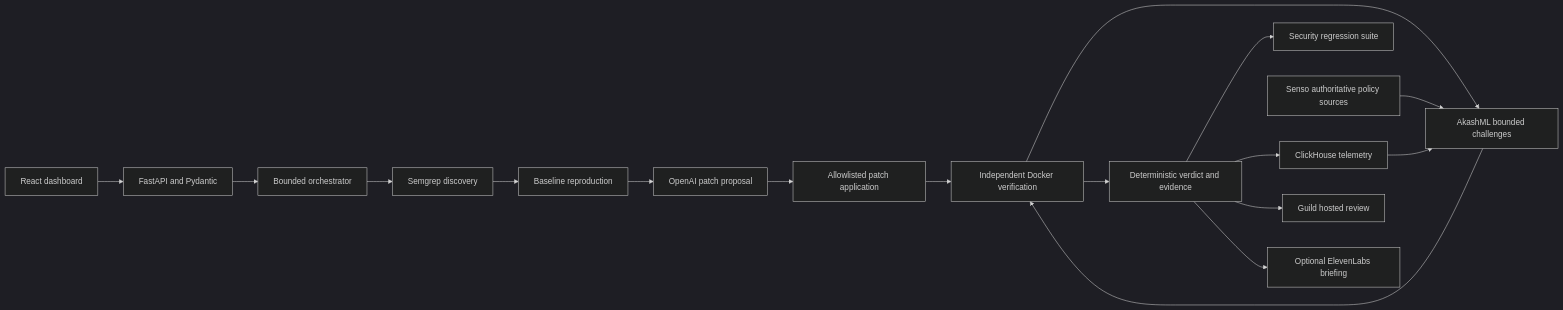
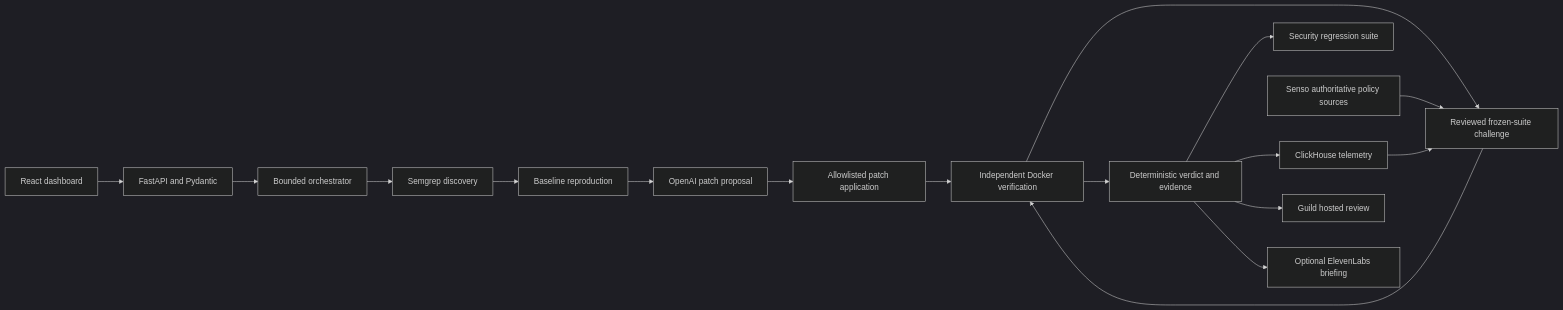
One commit to nbobby07/proofloop changed the diagram in docs/ARCHITECTURE.md. Above: the diagram before and after it, drawn with Mermaid (dark theme). The commit also changed other lines of this file and 3 other files, not shown here.

````diff
--- a/docs/ARCHITECTURE.md
+++ b/docs/ARCHITECTURE.md
@@ -5,19 +5,19 @@
 ```mermaid
 flowchart LR
   UI[React dashboard] --> API[FastAPI and Pydantic]
   API --> O[Bounded orchestrator]
   O --> S[Semgrep discovery]
   S --> B[Baseline reproduction]
   B --> D[OpenAI patch proposal]
   D --> P[Allowlisted patch application]
   P --> V[Independent Docker verification]
-  V --> A[AkashML bounded challenges]
+  V --> A[Reviewed frozen-suite challenge]
   A --> V
   V --> E[Deterministic verdict and evidence]
   E --> R[Security regression suite]
   E --> C[ClickHouse telemetry]
   C --> A
   M[Senso authoritative policy sources] --> A
   E --> G[Guild hosted review]
   E --> N[Optional ElevenLabs briefing]
 ```
````
